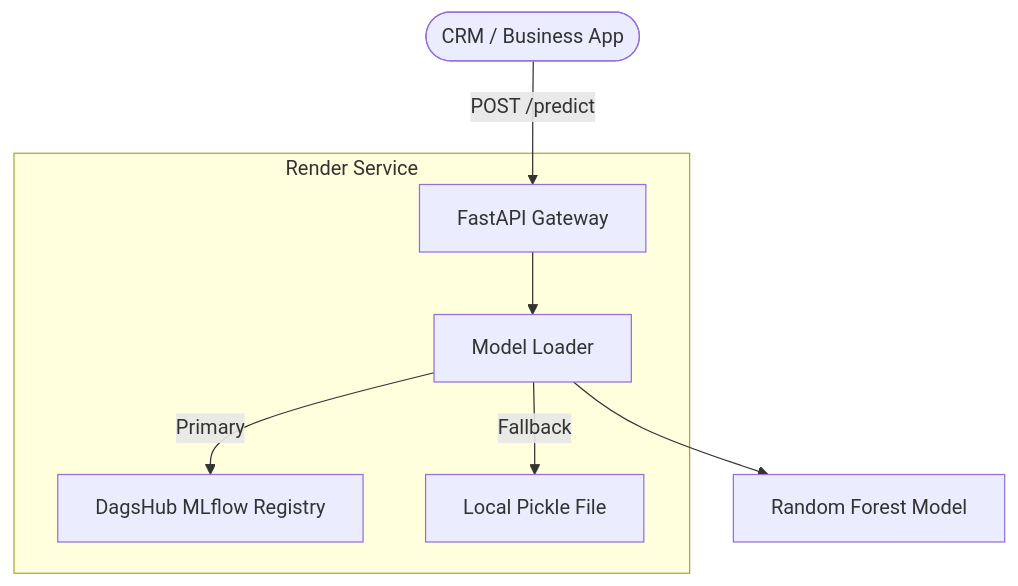
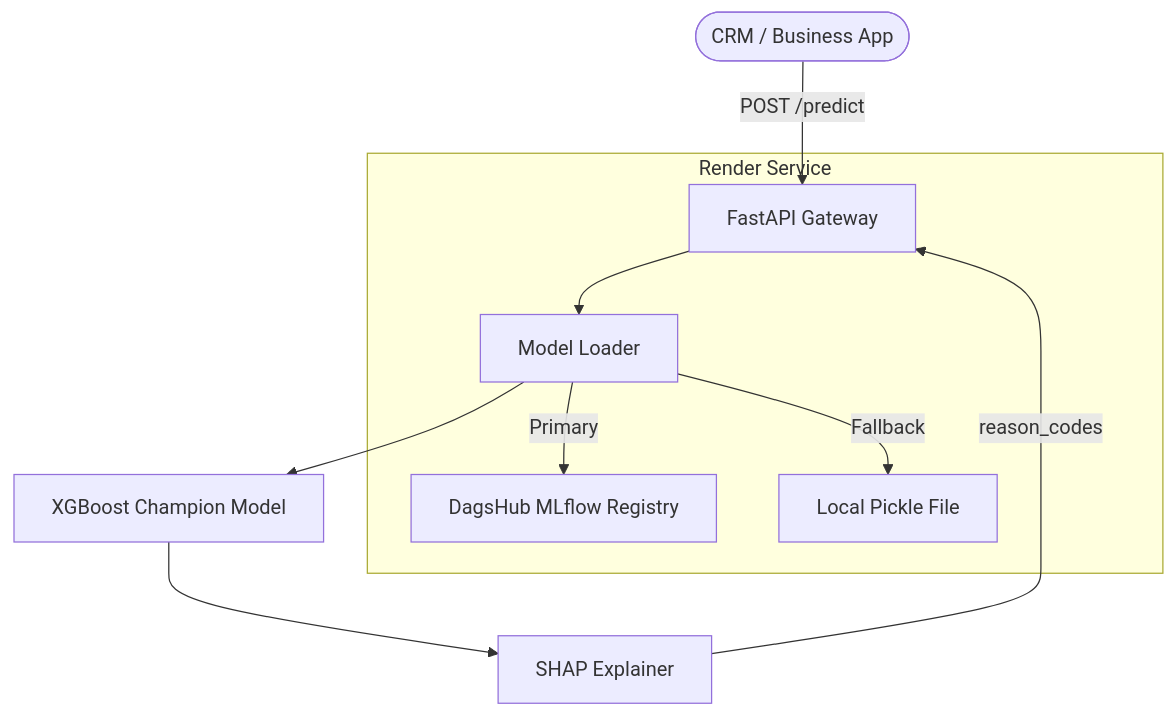
The diagram in README.md (bachnhan/msa24-ddm501-group6-final-project), drawn with Mermaid before and after one commit. The commit also changed other lines of this file, not shown here.

````diff
--- a/README.md
+++ b/README.md
@@ -23,10 +30,12 @@
 ```mermaid
 graph TD
     User([CRM / Business App]) -->|POST /predict| LB[FastAPI Gateway]
     subgraph "Render Service"
         LB --> Loader[Model Loader]
         Loader -->|Primary| Registry[DagsHub MLflow Registry]
         Loader -->|Fallback| LocalPickle[Local Pickle File]
     end
-    Loader --> RF[Random Forest Model]
+    Loader --> RF[XGBoost Champion Model]
+    RF --> SHAP[SHAP Explainer]
+    SHAP -->|reason_codes| LB
 ```
````
